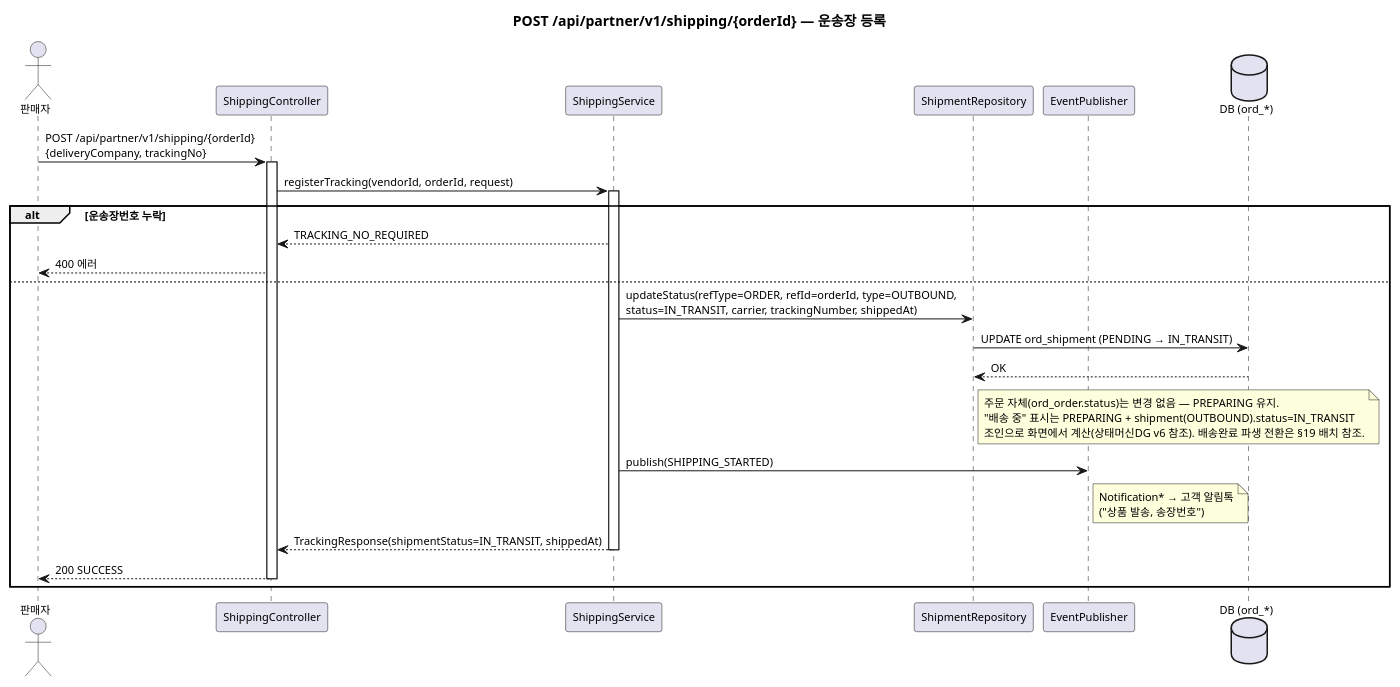
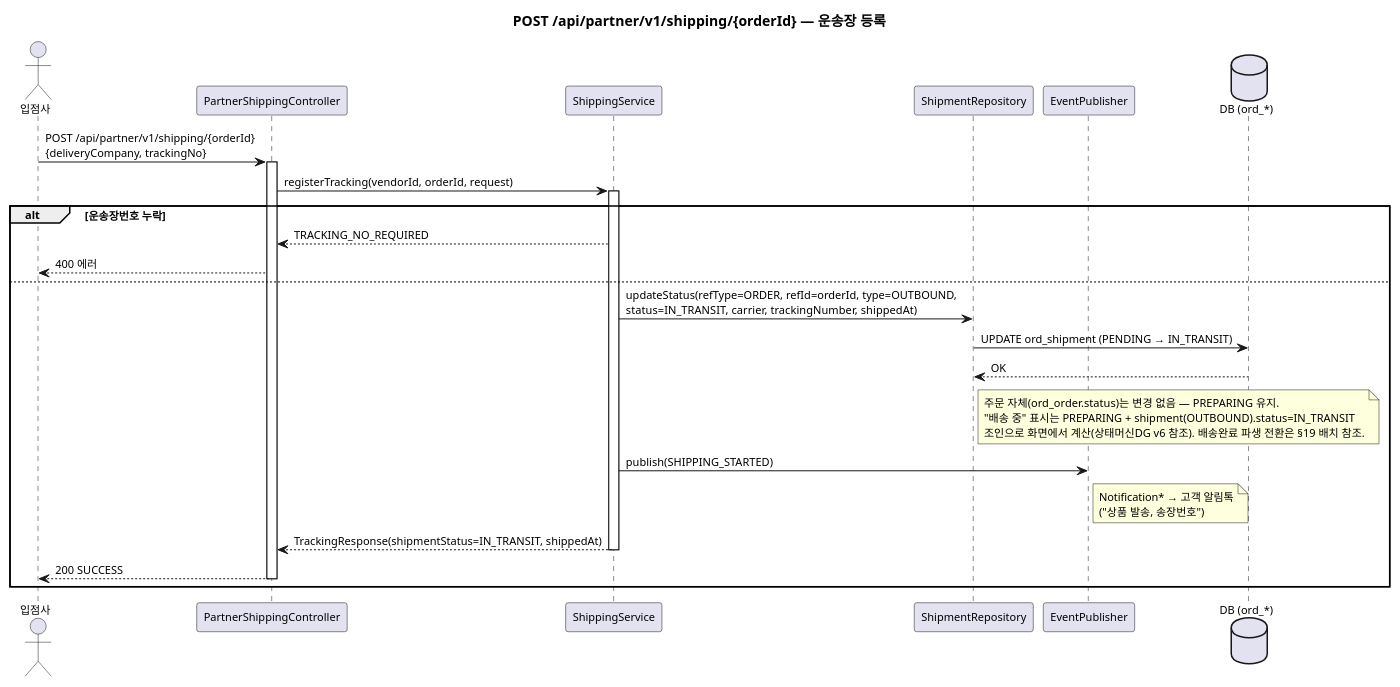
Diagram 12 of 26 in docs/자산화-단계별/S3-상세설계/DM-시퀀스(Order-Payment).md (parknahyun/runNShop), drawn with PlantUML before and after one commit. The commit also changed other lines of this file and 2 other files, not shown here.

````diff
--- a/docs/자산화-단계별/S3-상세설계/DM-시퀀스(Order-Payment).md
+++ b/docs/자산화-단계별/S3-상세설계/DM-시퀀스(Order-Payment).md
@@ -616,39 +646,39 @@
 ```plantuml
 @startuml
 skinparam backgroundColor transparent
 skinparam defaultFontSize 11
 title POST /api/partner/v1/shipping/{orderId} — 운송장 등록
 
-actor 판매자 as Partner
-participant "ShippingController" as SC
+actor 입점사 as Partner
+participant "PartnerShippingController" as SC
 participant "ShippingService" as SS
 participant "ShipmentRepository" as SR
 participant "EventPublisher" as EP
 database "DB (ord_*)" as DB
 
 Partner -> SC : POST /api/partner/v1/shipping/{orderId}\n{deliveryCompany, trackingNo}
 activate SC
 
 SC -> SS : registerTracking(vendorId, orderId, request)
 activate SS
 
 alt 운송장번호 누락
   SS --> SC : TRACKING_NO_REQUIRED
   SC --> Partner : 400 에러
 else
   SS -> SR : updateStatus(refType=ORDER, refId=orderId, type=OUTBOUND,\nstatus=IN_TRANSIT, carrier, trackingNumber, shippedAt)
   SR -> DB : UPDATE ord_shipment (PENDING → IN_TRANSIT)
   DB --> SR : OK
   note right of SR: 주문 자체(ord_order.status)는 변경 없음 — PREPARING 유지.\n"배송 중" 표시는 PREPARING + shipment(OUTBOUND).status=IN_TRANSIT\n조인으로 화면에서 계산(상태머신DG v6 참조). 배송완료 파생 전환은 §19 배치 참조.
 
   SS -> EP : publish(SHIPPING_STARTED)
   note right of EP: Notification* → 고객 알림톡\n("상품 발송, 송장번호")
 
   SS --> SC : TrackingResponse(shipmentStatus=IN_TRANSIT, shippedAt)
   deactivate SS
   SC --> Partner : 200 SUCCESS
   deactivate SC
 end
 
 @enduml
 ```
````
